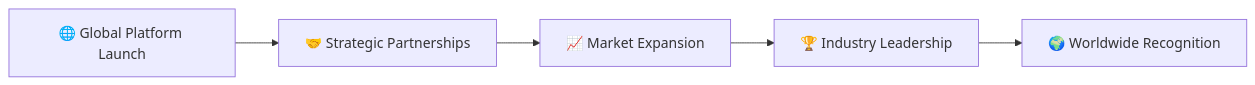
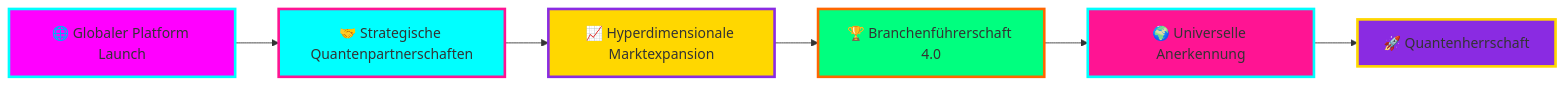
One commit to made-in-germany-global/MADE-IN-GERMANY-GLOBAL changed the diagram in README.md. Above: the diagram before and after it, drawn with Mermaid. The commit also changed other lines of this file, not shown here.

````diff
--- a/README.md
+++ b/README.md
@@ -209,7 +374,15 @@
 ```mermaid
 graph LR
-    A[🌐 Global Platform Launch] --> B[🤝 Strategic Partnerships]
-    B --> C[📈 Market Expansion]
-    C --> D[🏆 Industry Leadership]
-    D --> E[🌍 Worldwide Recognition]
+    A[🌐 Globaler Platform Launch] --> B[🤝 Strategische Quantenpartnerschaften]
+    B --> C[📈 Hyperdimensionale Marktexpansion]  
+    C --> D[🏆 Branchenführerschaft 4.0]
+    D --> E[🌍 Universelle Anerkennung]
+    E --> F[🚀 Quantenherrschaft]
+    
+    style A fill:#FF00FF,stroke:#00FFFF,stroke-width:3px
+    style B fill:#00FFFF,stroke:#FF1493,stroke-width:3px  
+    style C fill:#FFD700,stroke:#8A2BE2,stroke-width:3px
+    style D fill:#00FF7F,stroke:#FF6600,stroke-width:3px
+    style E fill:#FF1493,stroke:#00FFFF,stroke-width:3px
+    style F fill:#8A2BE2,stroke:#FFD700,stroke-width:3px
 ```
````
